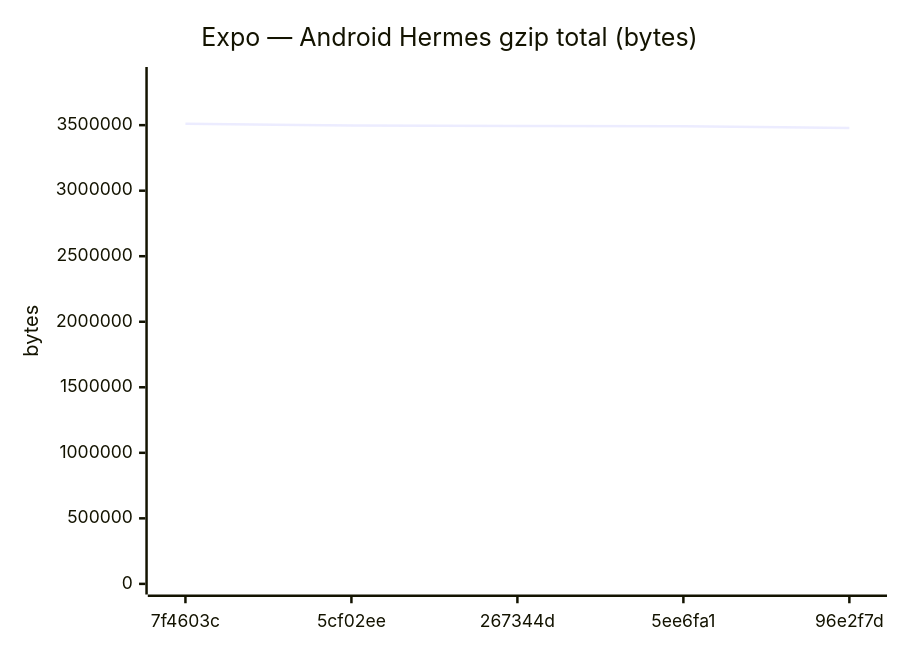
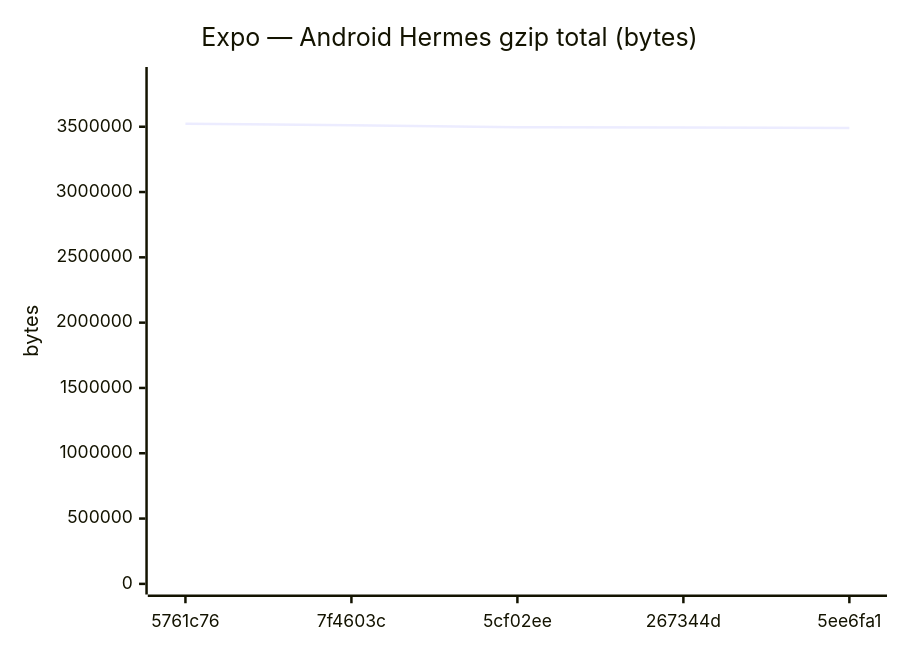
Diagram 11 of 18 in benchmarks/compare.md (Metaheurist/Rianell), drawn with Mermaid before and after one commit. The commit also changed other lines of this file and 11 other files, not shown here.

````diff
--- a/benchmarks/compare.md
+++ b/benchmarks/compare.md
@@ -172,7 +172,7 @@
 ```mermaid
 xychart-beta
     title "Expo — Android Hermes gzip total (bytes)"
-    x-axis ["7f4603c", "5cf02ee", "267344d", "5ee6fa1", "96e2f7d"]
-    y-axis "bytes" 0 --> 3862622
-    line [3511474, 3496393, 3494445, 3491111, 3478911]
+    x-axis ["5761c76", "7f4603c", "5cf02ee", "267344d", "5ee6fa1"]
+    y-axis "bytes" 0 --> 3875896
+    line [3523541, 3511474, 3496393, 3494445, 3491111]
 ```
````
